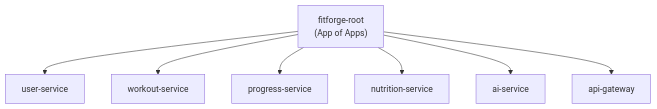
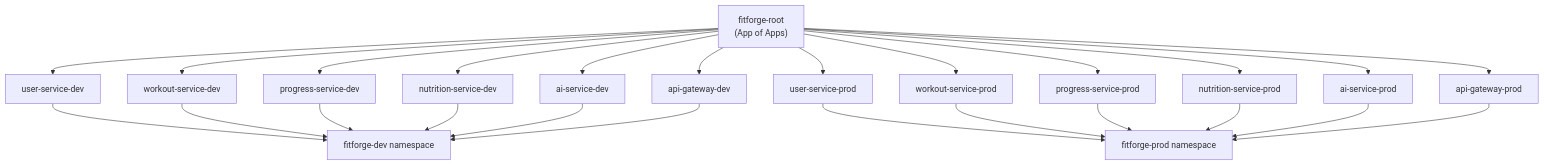
Before and after one commit to fitforge101/fitforge-ai-service: the fourth of 4 diagrams in walkthrough.md, drawn with Mermaid. The commit also changed other lines of this file, not shown here.

````diff
--- a/walkthrough.md
+++ b/walkthrough.md
@@ -1032,10 +1277,32 @@
 ```mermaid
 graph TD
-    ROOT["fitforge-root<br/>(App of Apps)"]
-    ROOT --> US["user-service"]
-    ROOT --> WS["workout-service"]
-    ROOT --> PS["progress-service"]
-    ROOT --> NS["nutrition-service"]
-    ROOT --> AI["ai-service"]
-    ROOT --> GW["api-gateway"]
+    ROOT["fitforge-root\n(App of Apps)"]
+    
+    ROOT --> USD["user-service-dev"]
+    ROOT --> WSD["workout-service-dev"]
+    ROOT --> PSD["progress-service-dev"]
+    ROOT --> NSD["nutrition-service-dev"]
+    ROOT --> ASD["ai-service-dev"]
+    ROOT --> GWD["api-gateway-dev"]
+    
+    ROOT --> USP["user-service-prod"]
+    ROOT --> WSP["workout-service-prod"]
+    ROOT --> PSP["progress-service-prod"]
+    ROOT --> NSP["nutrition-service-prod"]
+    ROOT --> ASP["ai-service-prod"]
+    ROOT --> GWP["api-gateway-prod"]
+    
+    USD --> DEV["fitforge-dev namespace"]
+    WSD --> DEV
+    PSD --> DEV
+    NSD --> DEV
+    ASD --> DEV
+    GWD --> DEV
+    
+    USP --> PROD["fitforge-prod namespace"]
+    WSP --> PROD
+    PSP --> PROD
+    NSP --> PROD
+    ASP --> PROD
+    GWP --> PROD
 ```
````
